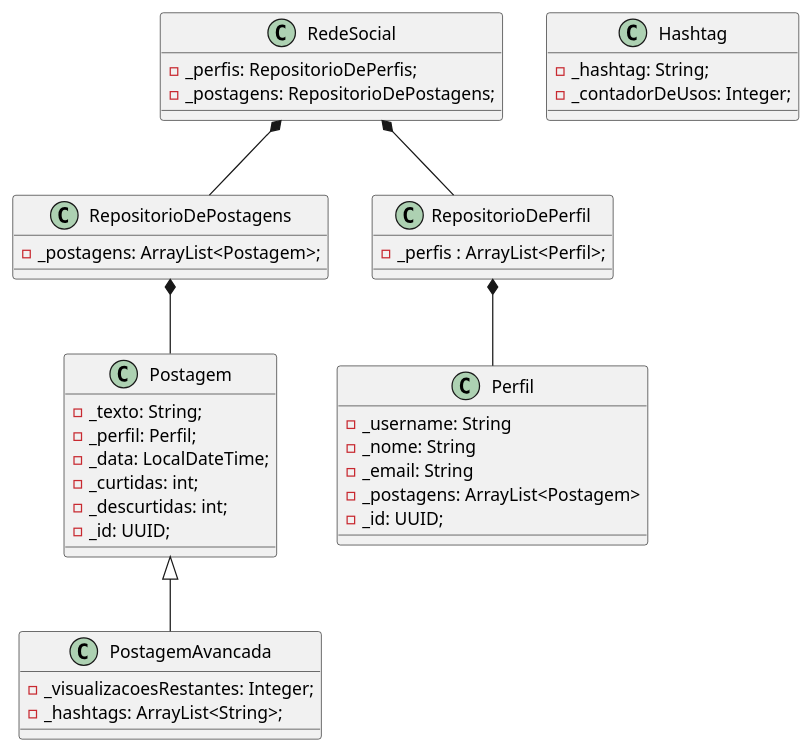
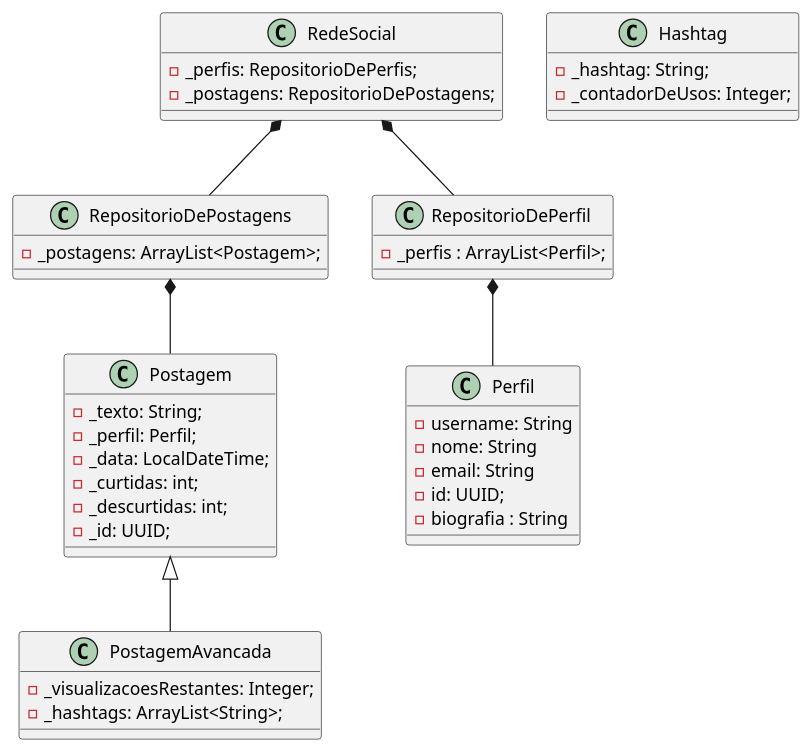
One commit to msruan/Rubi changed the diagram in modelo.plantuml. Above: the diagram before and after it, drawn with PlantUML. The commit also changed 7 other files, not shown here.

```diff
--- a/modelo.plantuml
+++ b/modelo.plantuml
@@ -1,47 +1,47 @@
 @startuml Rubi
 class Perfil {
-    -_username: String
-    -_nome: String
-    -_email: String
-    -_postagens: ArrayList<Postagem>
-    -_id: UUID;
+    -username: String
+    -nome: String
+    -email: String
+    -id: UUID;
+    -biografia : String
 }
 
 class Postagem {
     -_texto: String;
     -_perfil: Perfil;   
     -_data: LocalDateTime;
     -_curtidas: int;
     -_descurtidas: int;
     -_id: UUID;
 }
 
 class PostagemAvancada {
     -_visualizacoesRestantes: Integer;
     -_hashtags: ArrayList<String>;
 }
 
 class RepositorioDePostagens {
     -_postagens: ArrayList<Postagem>;
 }
 
 class RepositorioDePerfil {
     -_perfis : ArrayList<Perfil>;
 }
 
 class RedeSocial {
     -_perfis: RepositorioDePerfis;
     -_postagens: RepositorioDePostagens;
 }
 
 class Hashtag {
     -_hashtag: String;
     -_contadorDeUsos: Integer;
 }
 
 RedeSocial *-- RepositorioDePostagens
 RedeSocial *-- RepositorioDePerfil
 RepositorioDePostagens *-- Postagem
 RepositorioDePerfil *-- Perfil
 Postagem <|-- PostagemAvancada
 @enduml
```
